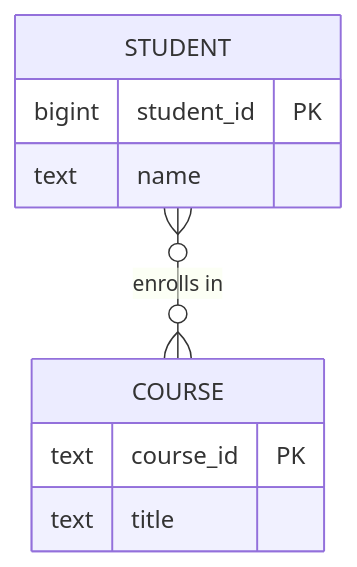
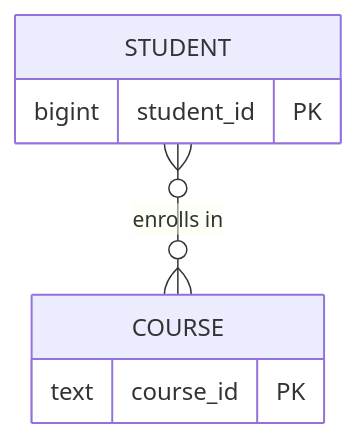
The tenth of 17 diagrams in lecture-outlines/day6-er-modeling/slides.md (ufdatastudio/cop5725fa26), drawn with Mermaid before and after one commit. The commit also changed other lines of this file and 11 other files, not shown here.

First line of the commit message:
docs: adopt textbook ER marks and add design-decision slides to day 6

````diff
--- a/lecture-outlines/day6-er-modeling/slides.md
+++ b/lecture-outlines/day6-er-modeling/slides.md
@@ -600,12 +603,10 @@
 ```mermaid
 erDiagram
   STUDENT }o--o{ COURSE : "enrolls in"
   STUDENT {
     bigint student_id PK
-    text name
   }
   COURSE {
     text course_id PK
-    text title
   }
 ```
````
